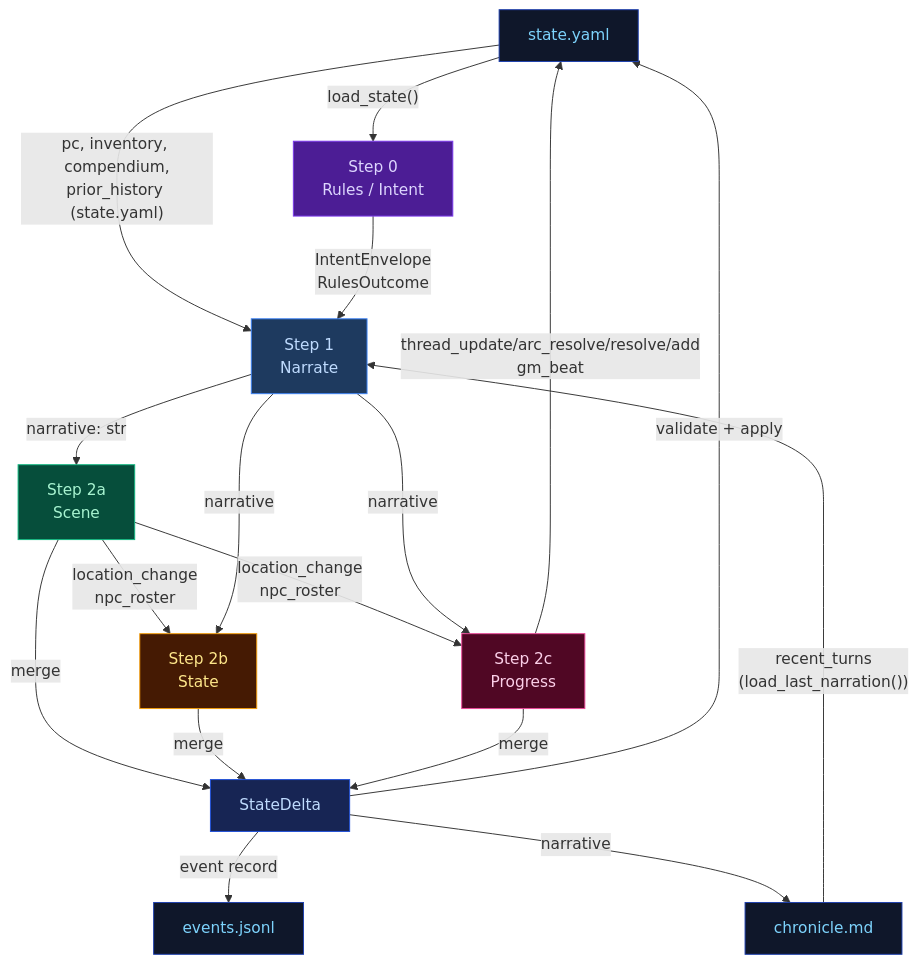
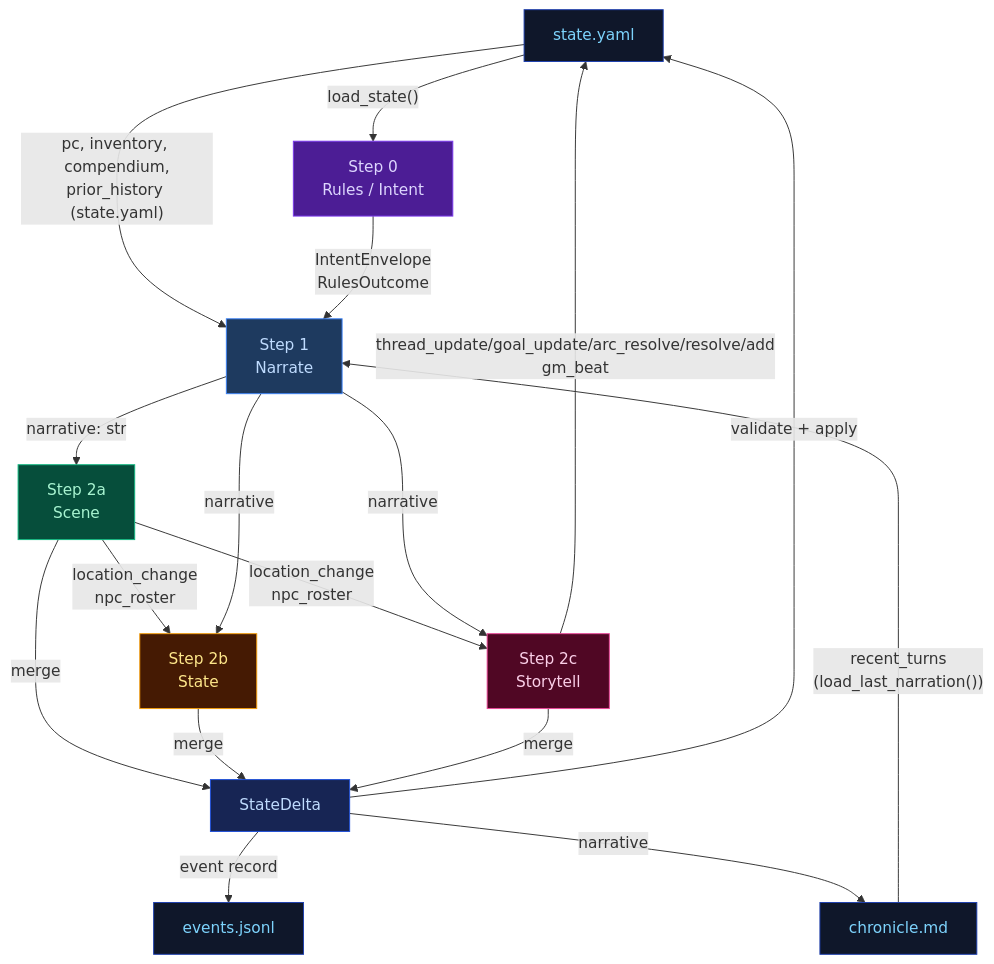
The diagram in docs/architecture/cross-pipeline.md (pww217/fablethread), drawn with Mermaid before and after one commit. The commit also changed 28 other files, not shown here.

First line of the commit message:
Thread tooltip: render progress as capitalized prose with <p> line breaks

````diff
--- a/docs/architecture/cross-pipeline.md
+++ b/docs/architecture/cross-pipeline.md
@@ -3,29 +3,29 @@
 ```mermaid
 flowchart TD
     classDef stageRules    fill:#4c1d95,color:#ddd6fe,stroke:#7c3aed
     classDef stageNarrate  fill:#1e3a5f,color:#bfdbfe,stroke:#3b82f6
     classDef stageScene    fill:#064e3b,color:#a7f3d0,stroke:#10b981
     classDef stageState    fill:#451a03,color:#fde68a,stroke:#f59e0b
     classDef stageProgress fill:#500724,color:#fbcfe8,stroke:#ec4899
     classDef storageNode   fill:#0f172a,color:#7dd3fc,stroke:#1e40af
     classDef mergeNode     fill:#172554,color:#bfdbfe,stroke:#1d4ed8
 
     STATE["state.yaml"]:::storageNode
     CHRONICLE["chronicle.md"]:::storageNode
     EVENTS["events.jsonl"]:::storageNode
 
     STATE -- "load_state()" --> STEP0["Step 0<br>Rules / Intent"]:::stageRules
     CHRONICLE -- "recent_turns<br>(load_last_narration())" --> STEP1["Step 1<br>Narrate"]:::stageNarrate
     STATE -- "pc, inventory, compendium,<br>prior_history (state.yaml)" --> STEP1
     STEP0 -- "IntentEnvelope<br>RulesOutcome" --> STEP1
     STEP1 -- "narrative: str" --> STEP2A["Step 2a<br>Scene"]:::stageScene
     STEP2A -- "location_change<br>npc_roster" --> STEP2B["Step 2b<br>State"]:::stageState
     STEP1 -- "narrative" --> STEP2B
-    STEP2A -- "location_change<br>npc_roster" --> STEP2C["Step 2c<br>Progress"]:::stageProgress
+    STEP2A -- "location_change<br>npc_roster" --> STEP2C["Step 2c<br>Storytell"]:::stageProgress
     STEP1 -- "narrative" --> STEP2C
     STEP2A & STEP2B & STEP2C -- "merge" --> DELTA["StateDelta"]:::mergeNode
     DELTA -- "validate + apply" --> STATE
     DELTA -- "event record" --> EVENTS
     DELTA -- "narrative" --> CHRONICLE
-    STEP2C -- "thread_update/arc_resolve/resolve/add<br>gm_beat" --> STATE
+    STEP2C -- "thread_update/goal_update/arc_resolve/resolve/add<br>gm_beat" --> STATE
 ```
````
